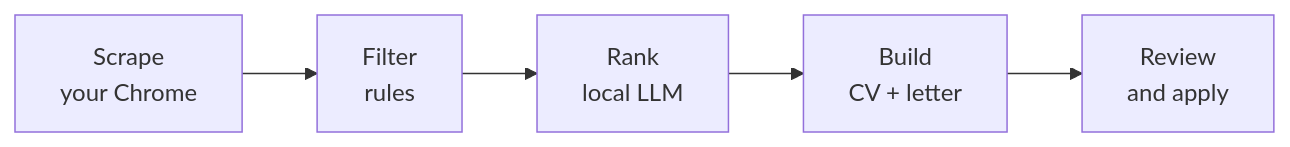
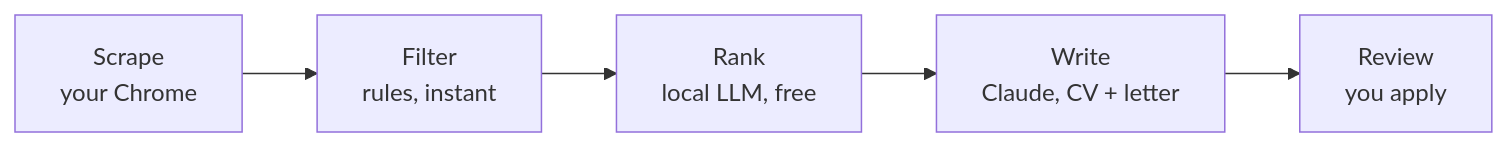
One commit to omartaha7507/roleradar changed the diagram in README.md. Above: the diagram before and after it, drawn with Mermaid. The commit also changed other lines of this file and 15 other files, not shown here.

````diff
--- a/README.md
+++ b/README.md
@@ -8,4 +8,4 @@
 ```mermaid
 flowchart LR
-    S[Scrape<br/>your Chrome] --> F[Filter<br/>rules] --> R[Rank<br/>local LLM] --> B[Build<br/>CV + letter] --> A[Review<br/>and apply]
+    S[Scrape<br/>your Chrome] --> F[Filter<br/>rules, instant] --> R[Rank<br/>local LLM, free] --> B[Write<br/>Claude, CV + letter] --> A[Review<br/>you apply]
 ```
````
